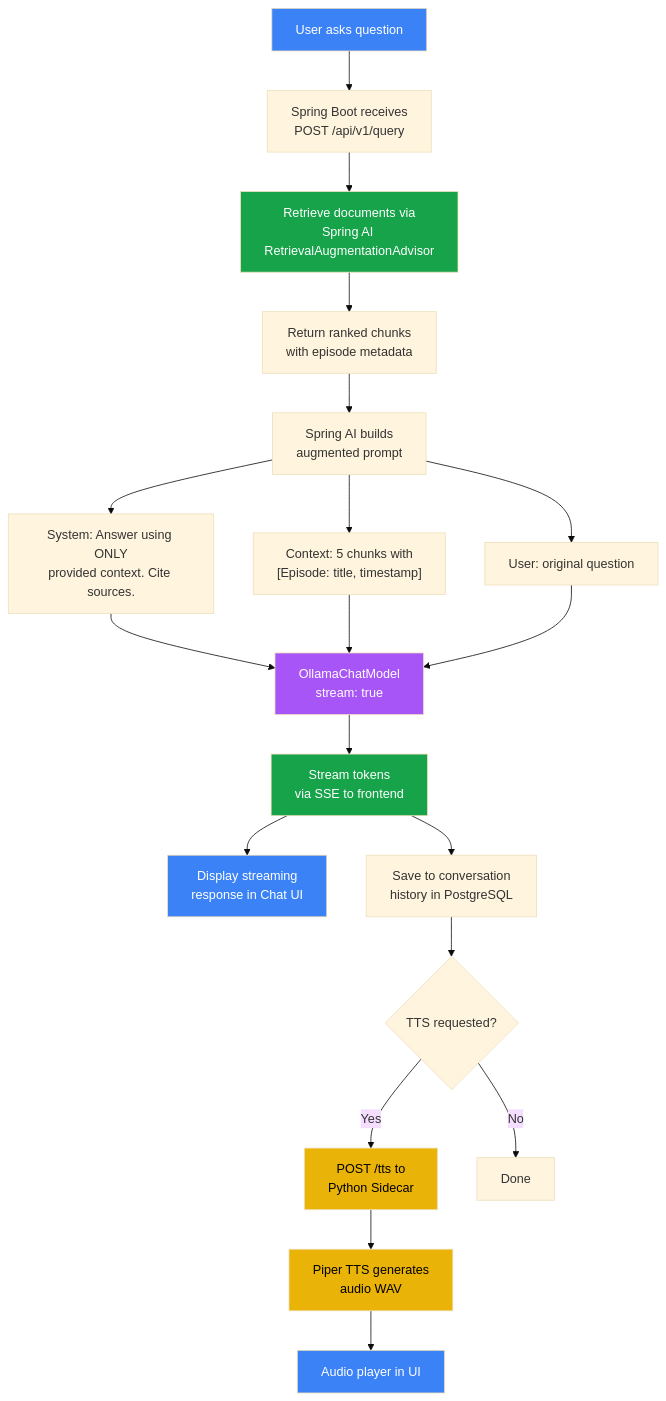
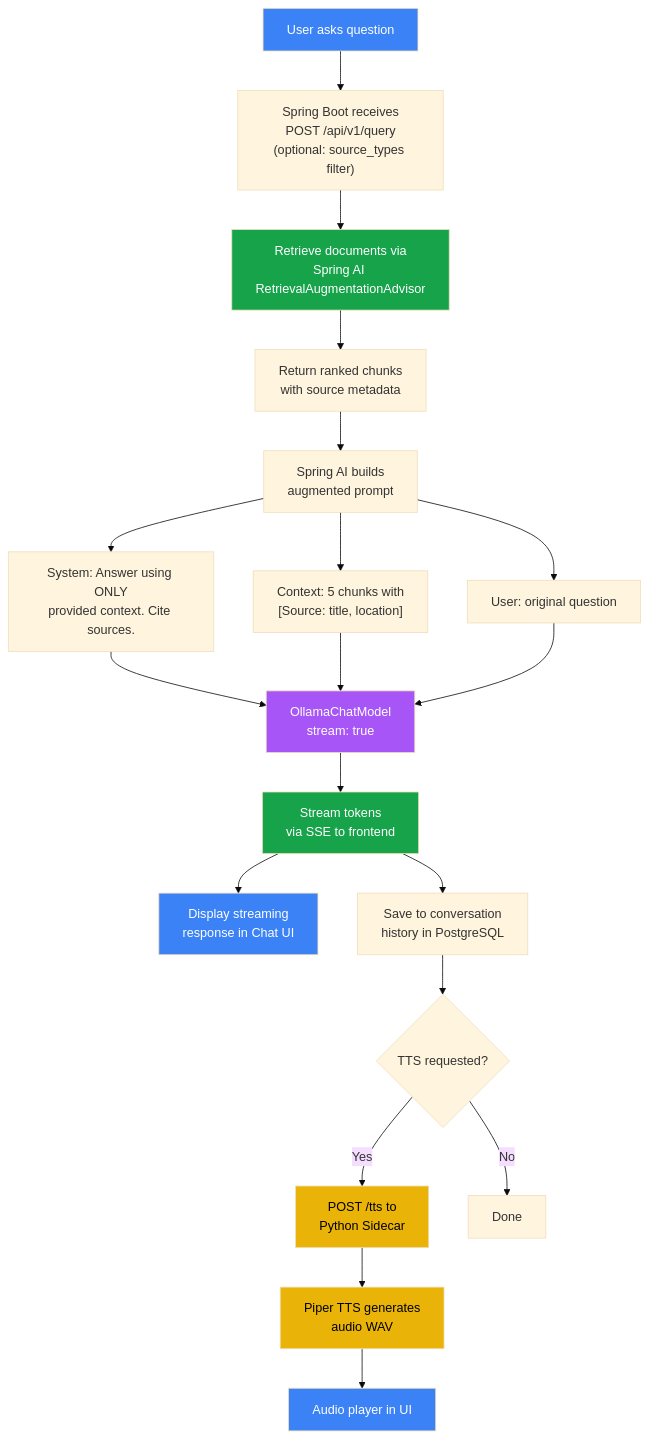
The third of 8 diagrams in docs/DIAGRAMS.md (jsohi/localloom), drawn with Mermaid (base theme) before and after one commit. The commit also changed other lines of this file and 2 other files, not shown here.

First line of the commit message:
Generalize LocalLoom to multi-source knowledge base

````diff
--- a/docs/DIAGRAMS.md
+++ b/docs/DIAGRAMS.md
@@ -141,37 +159,37 @@
 ```mermaid
 flowchart TD
-    A[User asks question] --> B[Spring Boot receives<br/>POST /api/v1/query]
+    A[User asks question] --> B["Spring Boot receives<br/>POST /api/v1/query<br/>(optional: source_types filter)"]
 
     B --> C[Retrieve documents via<br/>Spring AI RetrievalAugmentationAdvisor]
-    C --> F[Return ranked chunks<br/>with episode metadata]
+    C --> F[Return ranked chunks<br/>with source metadata]
 
     F --> G[Spring AI builds<br/>augmented prompt]
 
     G --> H["System: Answer using ONLY<br/>provided context. Cite sources."]
-    G --> I["Context: 5 chunks with<br/>[Episode: title, timestamp]"]
+    G --> I["Context: 5 chunks with<br/>[Source: title, location]"]
     G --> J["User: original question"]
 
     H --> K[OllamaChatModel<br/>stream: true]
     I --> K
     J --> K
 
     K --> L[Stream tokens<br/>via SSE to frontend]
     L --> M[Display streaming<br/>response in Chat UI]
 
     L --> N[Save to conversation<br/>history in PostgreSQL]
 
     N --> O{TTS requested?}
     O -->|Yes| P[POST /tts to<br/>Python Sidecar]
     P --> Q[Piper TTS generates<br/>audio WAV]
     Q --> R[Audio player in UI]
     O -->|No| S[Done]
 
     style A fill:#3b82f6,color:#fff
     style C fill:#16a34a,color:#fff
     style K fill:#a855f7,color:#fff
     style L fill:#16a34a,color:#fff
     style M fill:#3b82f6,color:#fff
     style P fill:#eab308,color:#000
     style Q fill:#eab308,color:#000
     style R fill:#3b82f6,color:#fff
 ```
````
